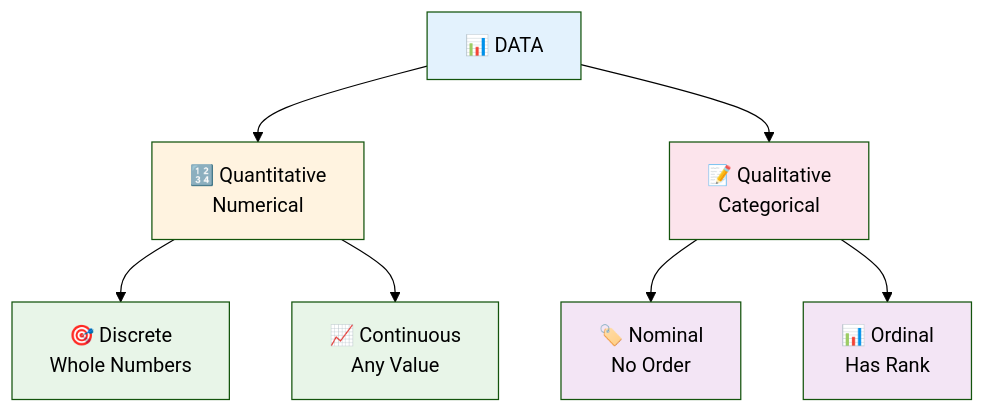
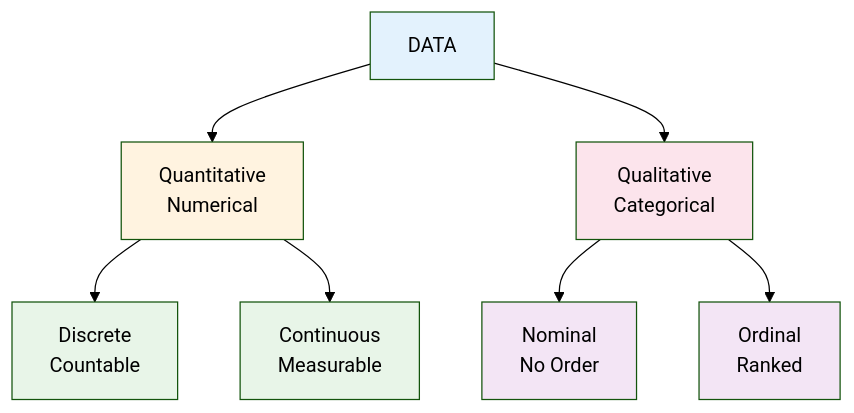
Before and after one commit to siddharthkumarrai/Statics: the third of 4 diagrams in README.md, drawn with Mermaid (forest theme). The commit also changed other lines of this file, not shown here.

````diff
--- a/README.md
+++ b/README.md
@@ -1520,19 +82,19 @@
 ```mermaid
 graph TD
-    A[📊 DATA] --> B[🔢 Quantitative<br/>Numerical]
-    A --> C[📝 Qualitative<br/>Categorical]
+    A[DATA] --> B[Quantitative<br/>Numerical]
+    A --> C[Qualitative<br/>Categorical]
 
-    B --> D[🎯 Discrete<br/>Whole Numbers]
-    B --> E[📈 Continuous<br/>Any Value]
+    B --> D[Discrete<br/>Countable]
+    B --> E[Continuous<br/>Measurable]
 
-    C --> F[🏷️ Nominal<br/>No Order]
-    C --> G[📊 Ordinal<br/>Has Rank]
+    C --> F[Nominal<br/>No Order]
+    C --> G[Ordinal<br/>Ranked]
 
     style A fill:#e3f2fd,color:#000
     style B fill:#fff3e0,color:#000
     style C fill:#fce4ec,color:#000
     style D fill:#e8f5e8,color:#000
     style E fill:#e8f5e8,color:#000
     style F fill:#f3e5f5,color:#000
     style G fill:#f3e5f5,color:#000
 ```
````
